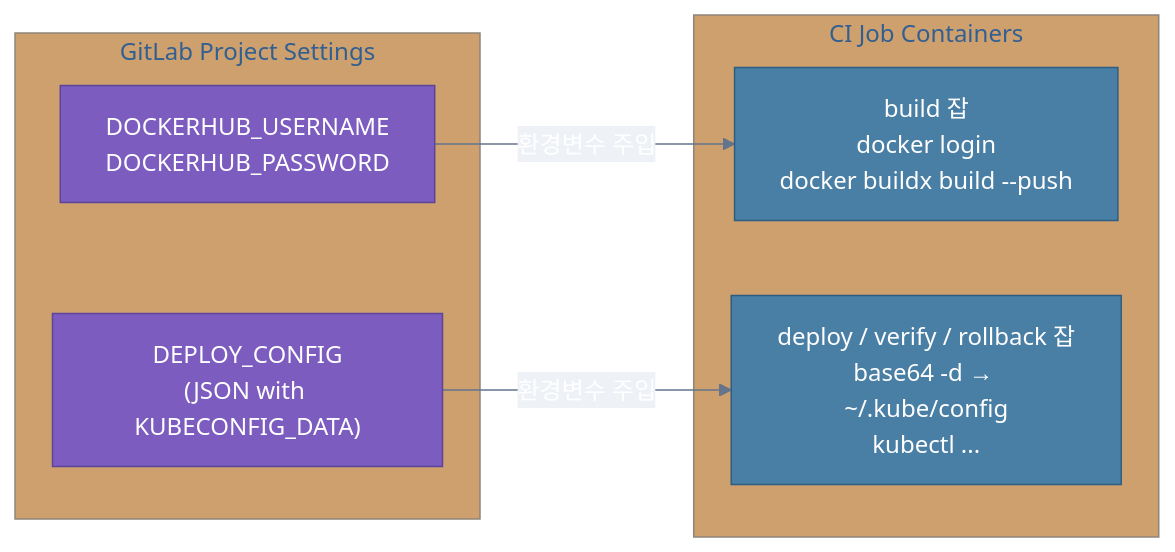
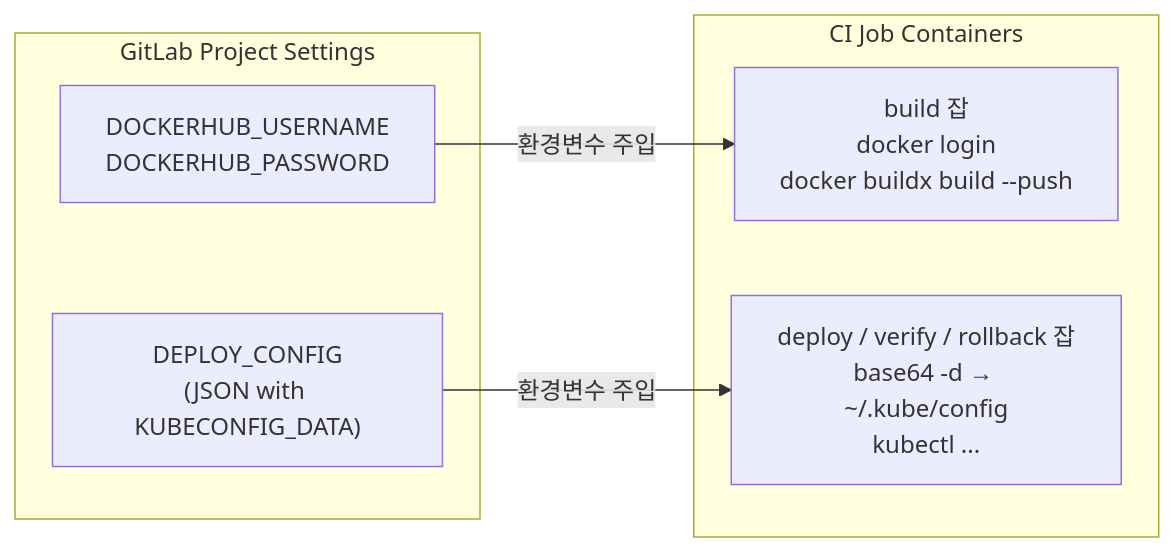
Before and after one commit to Seobway23/Seobway23.github.io: the third of 8 diagrams in posts/study/infra/gitlab-cicd-guide.md, drawn with Mermaid. The commit also changed other lines of this file and 21 other files, not shown here.

Commit message:
:sparkles: mermaid, code,inline edit

````diff
--- a/posts/study/infra/gitlab-cicd-guide.md
+++ b/posts/study/infra/gitlab-cicd-guide.md
@@ -140,22 +122,19 @@
 ```mermaid
-%%{init: {'theme': 'base', 'themeVariables': {'primaryColor': '#5b8ec7', 'primaryTextColor': '#fff', 'primaryBorderColor': '#3d6fa5', 'lineColor': '#64748b', 'edgeLabelBackground': '#eef2f7'}}}%%
+%% desc: 시크릿 주입 흐름 — GitLab Variables에서 CI Job 컨테이너로 환경변수 주입
 flowchart LR
     subgraph GL["GitLab Project Settings"]
         V1["DOCKERHUB_USERNAME\nDOCKERHUB_PASSWORD"]
         V2["DEPLOY_CONFIG\n(JSON with KUBECONFIG_DATA)"]
     end
 
     subgraph JOBS["CI Job Containers"]
         J_BUILD["build 잡\ndocker login\ndocker buildx build --push"]
         J_DEPLOY["deploy / verify / rollback 잡\nbase64 -d → ~/.kube/config\nkubectl ..."]
     end
 
     V1 -->|"환경변수 주입"| J_BUILD
     V2 -->|"환경변수 주입"| J_DEPLOY
 
-    classDef gl fill:#7c5cbf,stroke:#5d449a,color:#fff
-    classDef job fill:#4a7fa5,stroke:#2d5e82,color:#fff
 
-    class V1,V2 gl
-    class J_BUILD,J_DEPLOY job
+
 ```
````
